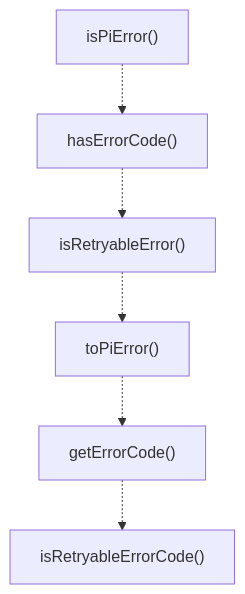
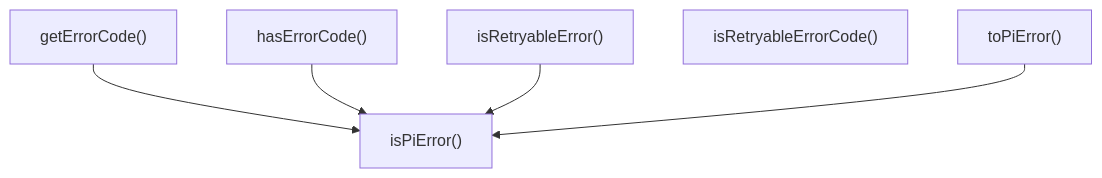
Before and after one commit to Mekann2904/mekann: the second of 2 diagrams in ABDD/.pi/lib/errors.md, drawn with Mermaid. The commit also changed other lines of this file and 277 other files, not shown here.

````diff
--- a/ABDD/.pi/lib/errors.md
+++ b/ABDD/.pi/lib/errors.md
@@ -138,14 +138,13 @@
 ```mermaid
 flowchart TD
+  getErrorCode["getErrorCode()"]
+  hasErrorCode["hasErrorCode()"]
   isPiError["isPiError()"]
-  hasErrorCode["hasErrorCode()"]
   isRetryableError["isRetryableError()"]
+  isRetryableErrorCode["isRetryableErrorCode()"]
   toPiError["toPiError()"]
-  getErrorCode["getErrorCode()"]
-  isRetryableErrorCode["isRetryableErrorCode()"]
-  isPiError -.-> hasErrorCode
-  hasErrorCode -.-> isRetryableError
-  isRetryableError -.-> toPiError
-  toPiError -.-> getErrorCode
-  getErrorCode -.-> isRetryableErrorCode
+  getErrorCode --> isPiError
+  hasErrorCode --> isPiError
+  isRetryableError --> isPiError
+  toPiError --> isPiError
 ```
````
